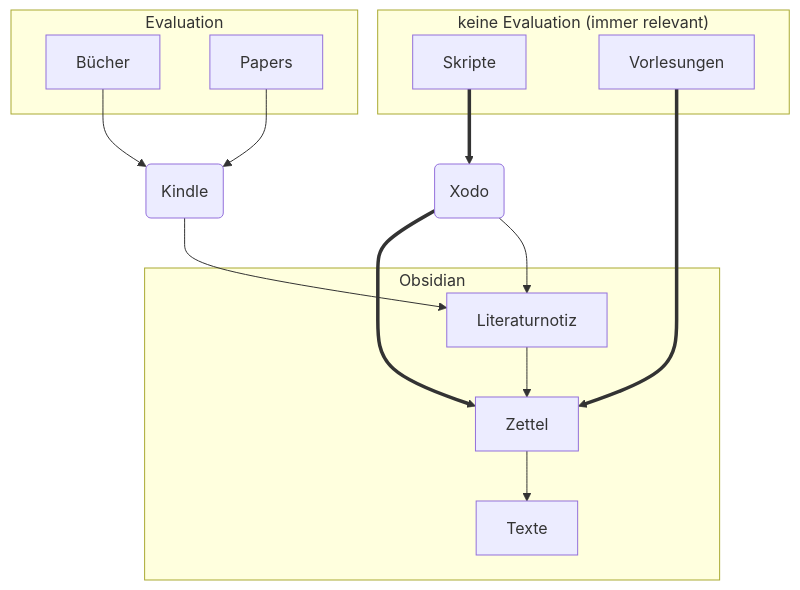
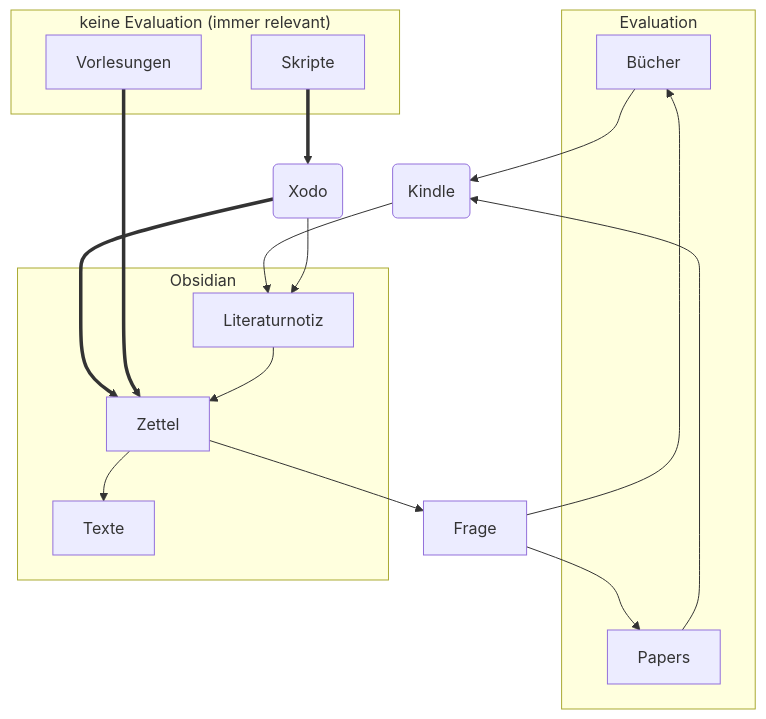
Before and after one commit to julianstoerig/zettelkasten: the diagram in §Informationsverarbeitung.md, drawn with Mermaid.

Commit message:
automatic version-control: 2021-01-14 23:54:19

````diff
--- a/§Informationsverarbeitung.md
+++ b/§Informationsverarbeitung.md
@@ -5,39 +5,41 @@
 ```mermaid
 graph TB;
 
 B[Bücher]
 S[Skripte]
 V[Vorlesungen]
 P[Papers]
 
 K(Kindle)
 X(Xodo)
 
 L[Literaturnotiz]
 Z[Zettel]
 T[Texte]
 
 subgraph Evaluation
 	B
 	P
 end
 
 subgraph "keine Evaluation (immer relevant)"
 	S
 	V
 end
 
 B & P --> K 
 S ==> X
 
 K
 X
 
 K & X --> L
 X & V ==> Z
 
 subgraph Obsidian	
 	L --> Z
 	Z --> T
 end
+Z --> F[Frage]
+F --> B & P
 ```
````
